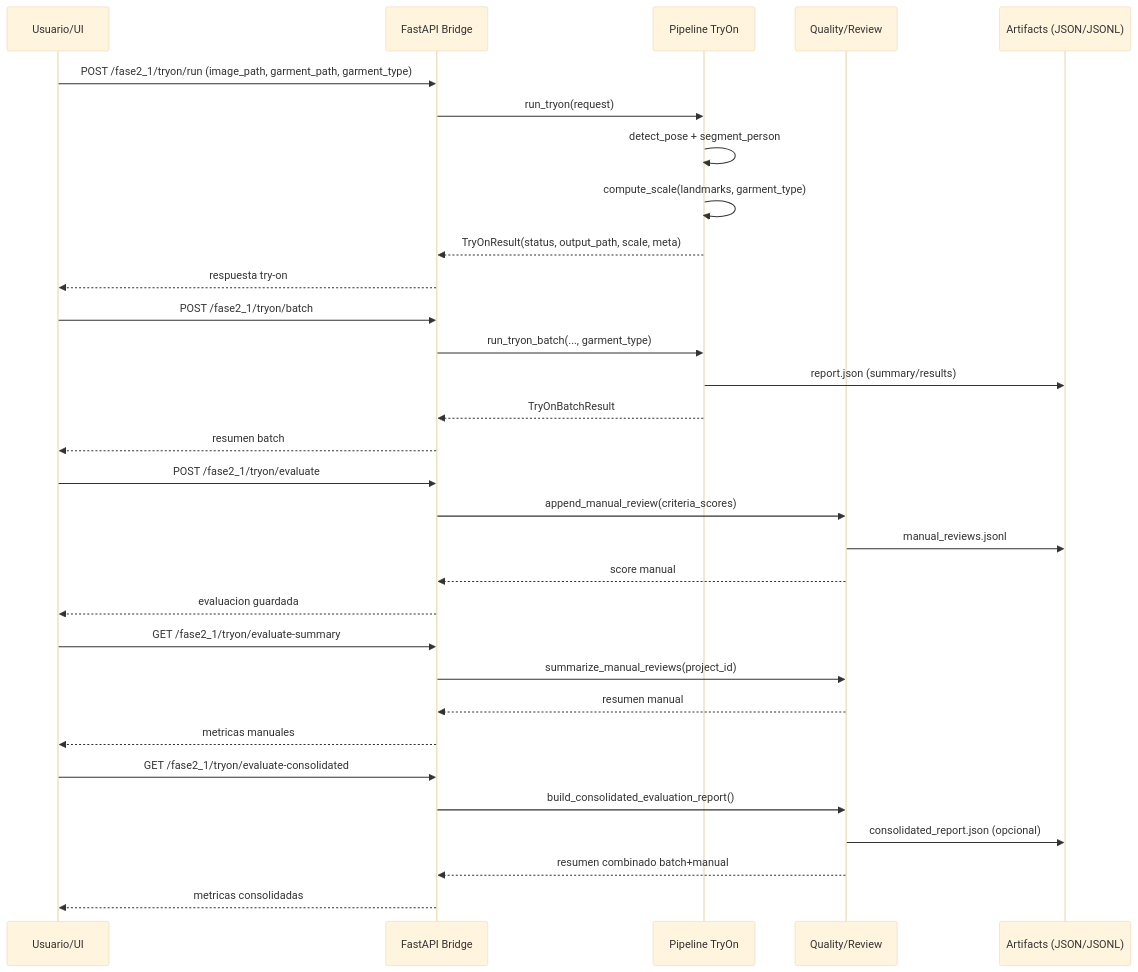
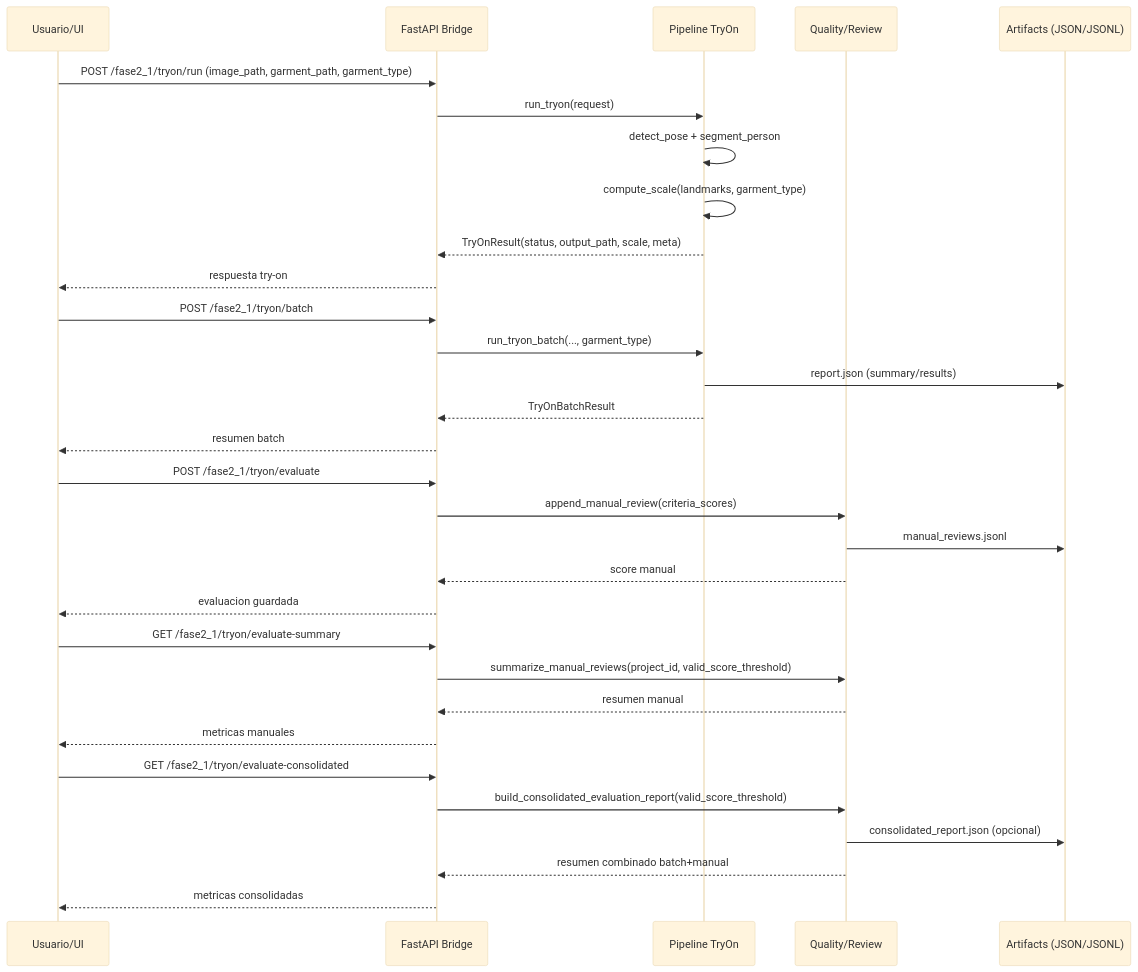
One commit to UcedaMunto/moda-y-disenio-con-IA changed the first of 4 diagrams in fase2_1/README.md. Above: the diagram before and after it, drawn with Mermaid (base theme). The commit also changed other lines of this file and 11 other files, not shown here.

````diff
--- a/fase2_1/README.md
+++ b/fase2_1/README.md
@@ -58,38 +71,38 @@
 ```mermaid
 sequenceDiagram
     participant U as Usuario/UI
     participant API as FastAPI Bridge
     participant P as Pipeline TryOn
     participant Q as Quality/Review
     participant FS as Artifacts (JSON/JSONL)
 
     U->>API: POST /fase2_1/tryon/run (image_path, garment_path, garment_type)
     API->>P: run_tryon(request)
     P->>P: detect_pose + segment_person
     P->>P: compute_scale(landmarks, garment_type)
     P-->>API: TryOnResult(status, output_path, scale, meta)
     API-->>U: respuesta try-on
 
     U->>API: POST /fase2_1/tryon/batch
     API->>P: run_tryon_batch(..., garment_type)
     P->>FS: report.json (summary/results)
     P-->>API: TryOnBatchResult
     API-->>U: resumen batch
 
     U->>API: POST /fase2_1/tryon/evaluate
     API->>Q: append_manual_review(criteria_scores)
     Q->>FS: manual_reviews.jsonl
     Q-->>API: score manual
     API-->>U: evaluacion guardada
 
     U->>API: GET /fase2_1/tryon/evaluate-summary
-    API->>Q: summarize_manual_reviews(project_id)
+   API->>Q: summarize_manual_reviews(project_id, valid_score_threshold)
     Q-->>API: resumen manual
     API-->>U: metricas manuales
 
     U->>API: GET /fase2_1/tryon/evaluate-consolidated
-    API->>Q: build_consolidated_evaluation_report()
+   API->>Q: build_consolidated_evaluation_report(valid_score_threshold)
     Q->>FS: consolidated_report.json (opcional)
     Q-->>API: resumen combinado batch+manual
     API-->>U: metricas consolidadas
 ```
````
